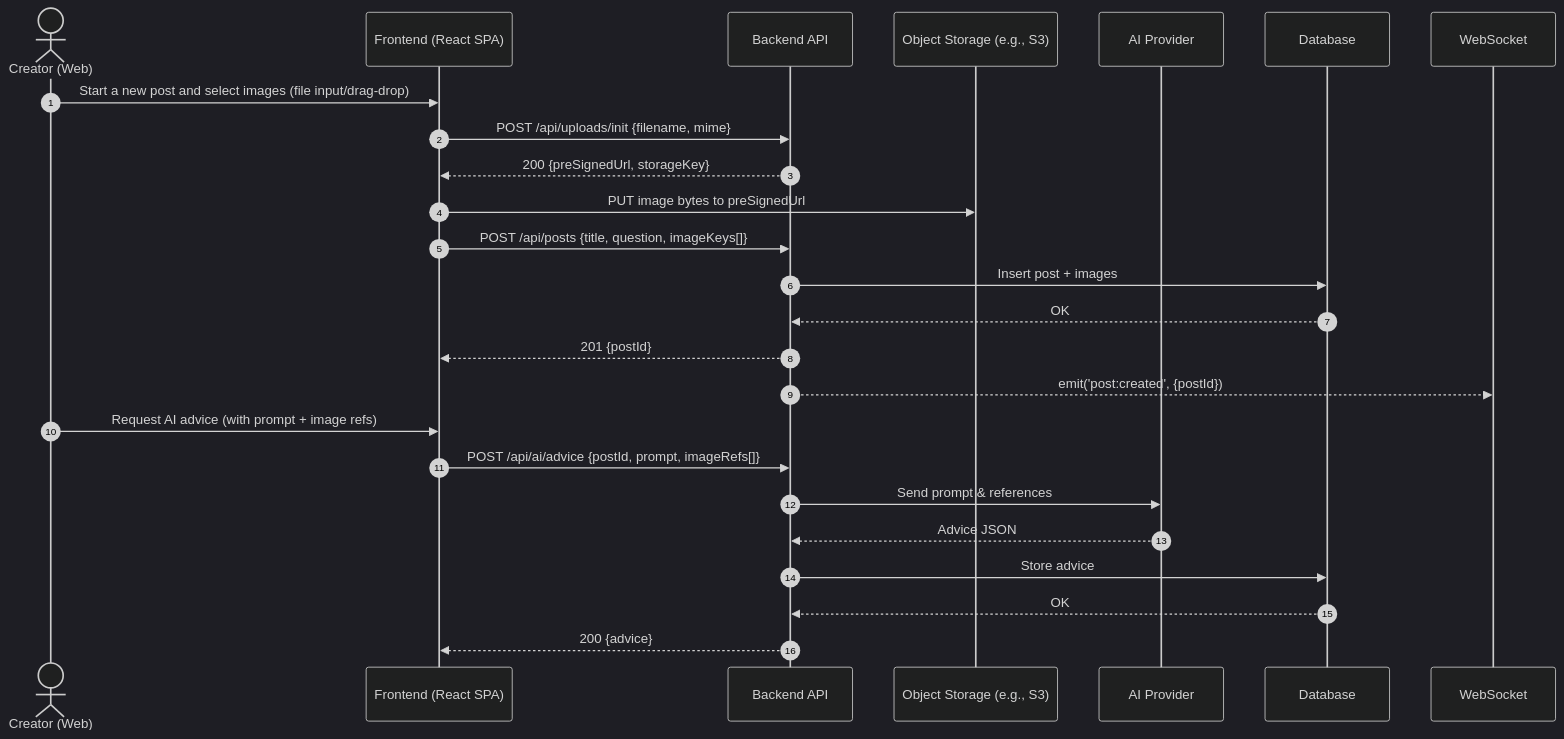
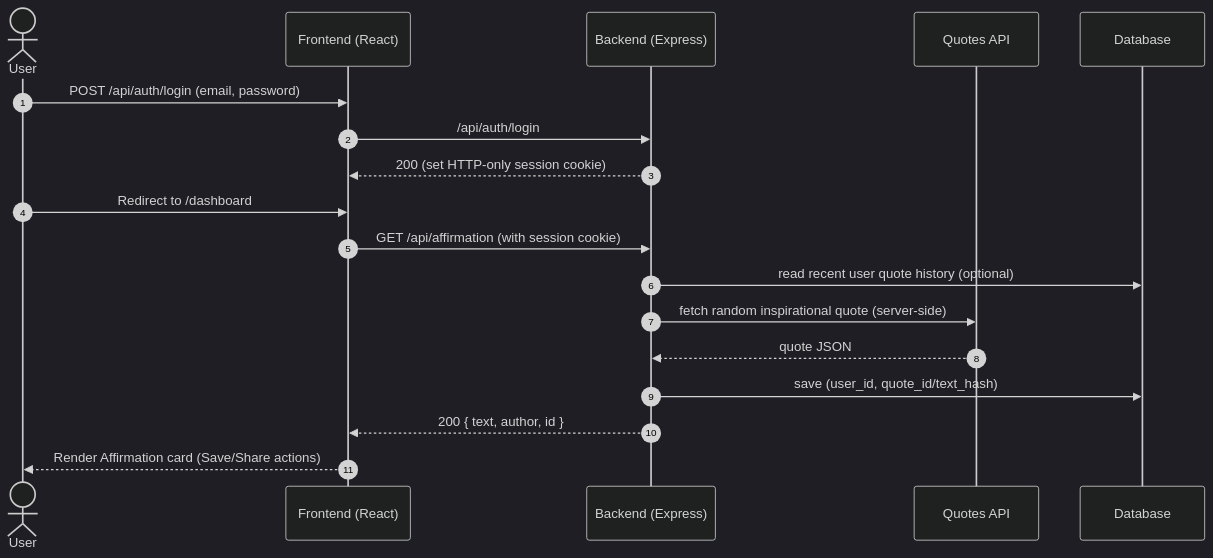
Before and after one commit to Siennapa/EmpowerHer: the fourth of 4 diagrams in README.md, drawn with Mermaid (dark theme). The commit also changed other lines of this file, not shown here.

````diff
--- a/README.md
+++ b/README.md
@@ -77,30 +109,23 @@
 ```mermaid
 sequenceDiagram
-    autonumber
-    actor C as Creator (Web)
-    participant FE as Frontend (React SPA)
-    participant API as Backend API
-    participant S3 as Object Storage (e.g., S3)
-    participant AI as AI Provider
-    participant DB as Database
-    participant WS as WebSocket
+  autonumber
+  actor U as User
+  participant FE as Frontend (React)
+  participant API as Backend (Express)
+  participant EXT as Quotes API
+  participant DB as Database
 
-    C->>FE: Start a new post and select images (file input/drag-drop)
-    FE->>API: POST /api/uploads/init {filename, mime}
-    API-->>FE: 200 {preSignedUrl, storageKey}
-    FE->>S3: PUT image bytes to preSignedUrl
-    FE->>API: POST /api/posts {title, question, imageKeys[]}
-    API->>DB: Insert post + images
-    DB-->>API: OK
-    API-->>FE: 201 {postId}
-    API-->>WS: emit('post:created', {postId})
+  U->>FE: POST /api/auth/login (email, password)
+  FE->>API: /api/auth/login
+  API-->>FE: 200 (set HTTP-only session cookie)
 
-    C->>FE: Request AI advice (with prompt + image refs)
-    FE->>API: POST /api/ai/advice {postId, prompt, imageRefs[]}
-    API->>AI: Send prompt & references
-    AI-->>API: Advice JSON
-    API->>DB: Store advice
-    DB-->>API: OK
-    API-->>FE: 200 {advice}
+  U->>FE: Redirect to /dashboard
+  FE->>API: GET /api/affirmation (with session cookie)
+  API->>DB: read recent user quote history (optional)
+  API->>EXT: fetch random inspirational quote (server-side)
+  EXT-->>API: quote JSON
+  API->>DB: save (user_id, quote_id/text_hash)
+  API-->>FE: 200 { text, author, id }
+  FE-->>U: Render Affirmation card (Save/Share actions)
 
 ```
````
